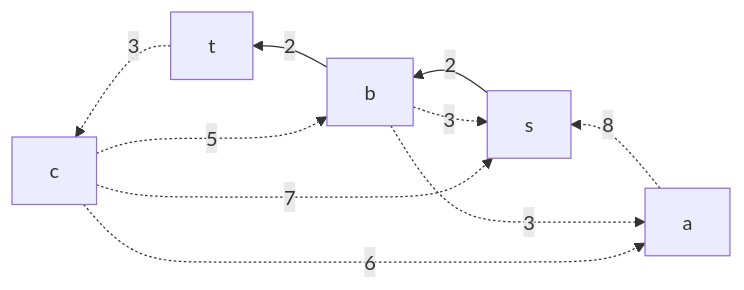
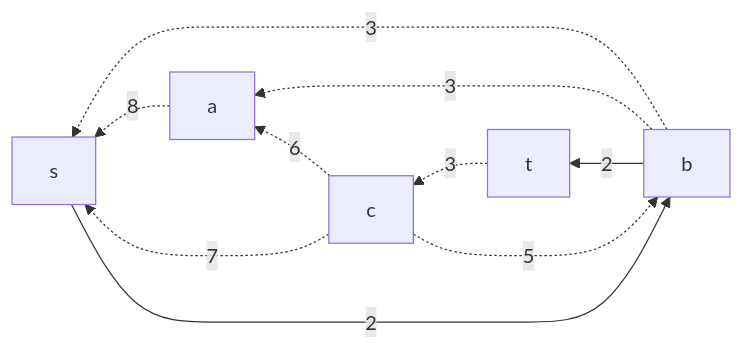
One commit to HSE-algo-23-crow/manual_tasks changed the fifth of 8 diagrams in task_14/Mongolian_tomatoes_task_14.md. Above: the diagram before and after it, drawn with Mermaid. The commit also changed other lines of this file, not shown here.

````diff
--- a/task_14/Mongolian_tomatoes_task_14.md
+++ b/task_14/Mongolian_tomatoes_task_14.md
@@ -74,12 +76,12 @@
 ```mermaid
 graph RL
+    b-.->|3|s
+    s-->|2|b
+    b-->|2|t
     a-.->|8|s
     c-.->|7|s
-    b-.->|3|s
-    s-->|2|b
     b-.->|3|a
     c-.->|6|a
     c-.->|5|b
-    b-->|2|t
     t-.->|3|c
 ```
````
